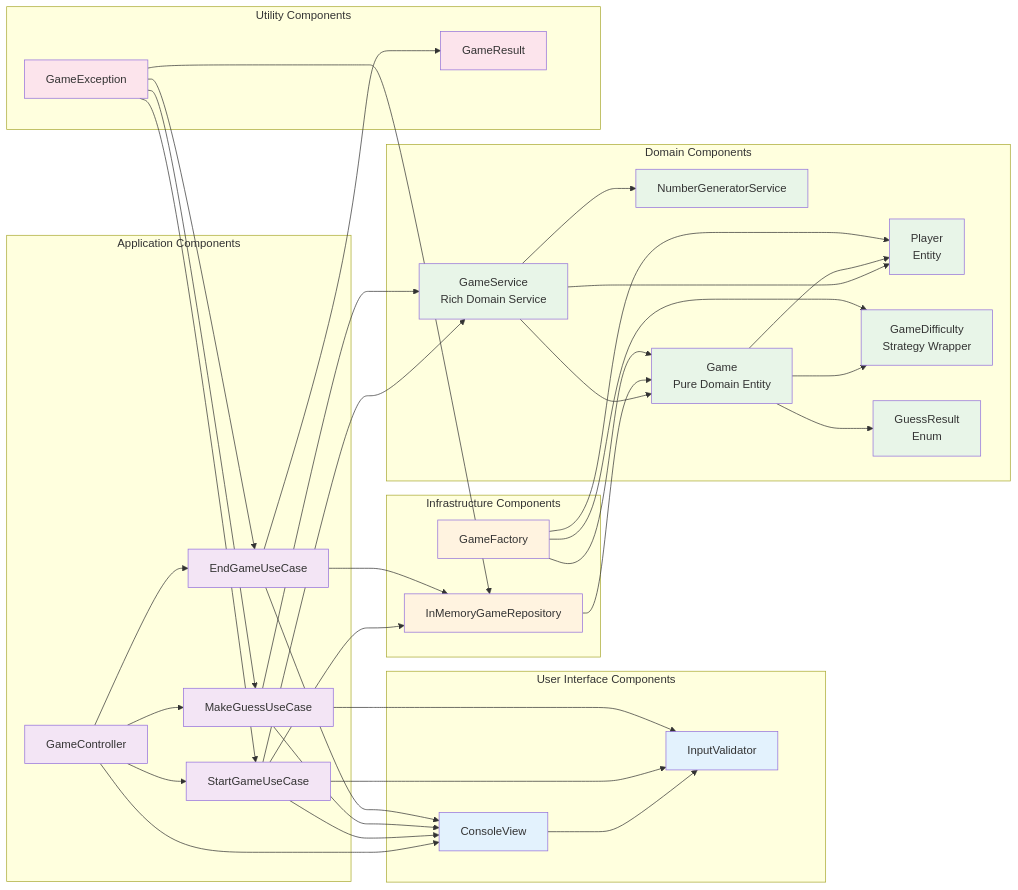
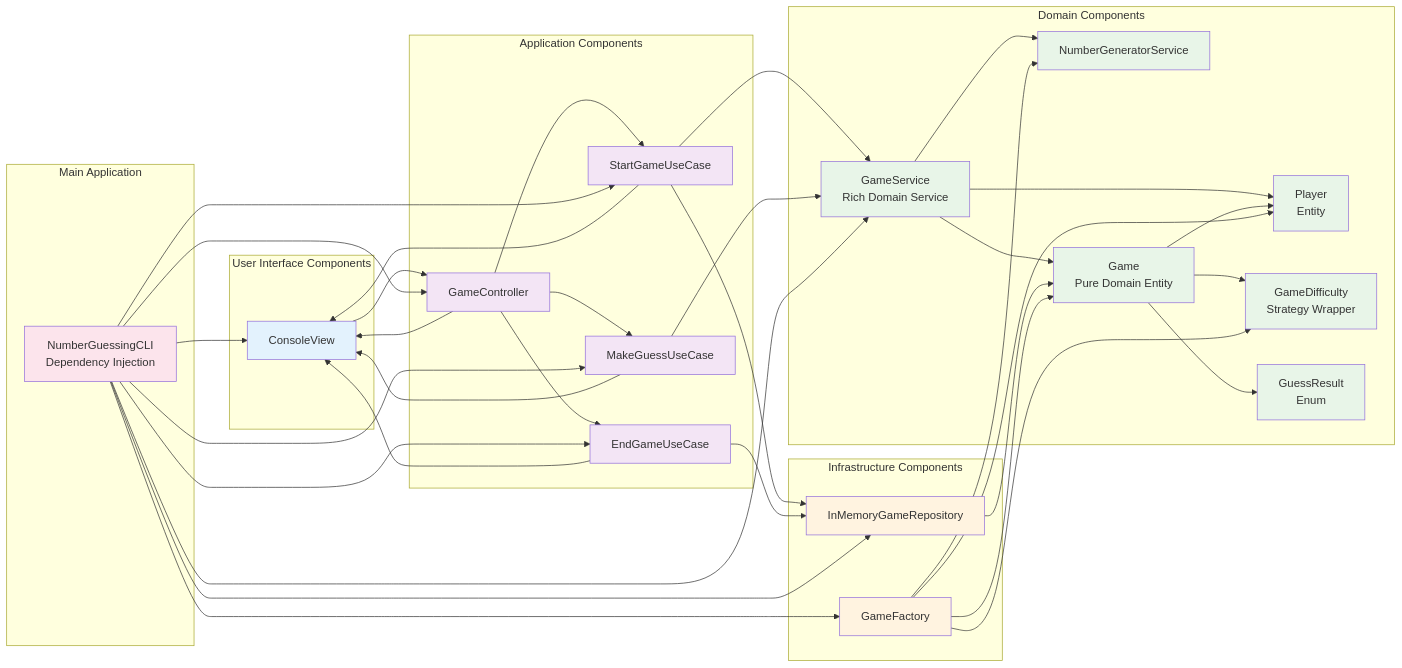
One commit to Shockp/Backend-Projects changed the second of 3 diagrams in number-guessing-game/UML Diagrams/ComponentDiagram.md. Above: the diagram before and after it, drawn with Mermaid. The commit also changed other lines of this file and 4 other files, not shown here.

Commit message:
UML Updated

````diff
--- a/number-guessing-game/UML Diagrams/ComponentDiagram.md
+++ b/number-guessing-game/UML Diagrams/ComponentDiagram.md
@@ -97,7 +100,6 @@
 graph LR
     subgraph "User Interface Components"
         ConsoleView[ConsoleView]
-        InputValidator[InputValidator]
     end
 
     subgraph "Application Components"
@@ -121,13 +123,12 @@
         GameFactory[GameFactory]
     end
 
-    subgraph "Utility Components"
-        GameResult[GameResult]
-        GameException[GameException]
+    subgraph "Main Application"
+        NumberGuessingCLI[NumberGuessingCLI<br/>Dependency Injection]
     end
 
     %% User Interface Layer
-    ConsoleView --> InputValidator
+    ConsoleView --> GameController
 
     %% Application Layer Dependencies
     GameController --> StartGameUseCase
@@ -138,15 +139,12 @@
     StartGameUseCase --> GameService
     StartGameUseCase --> InMemoryGameRepository
     StartGameUseCase --> ConsoleView
-    StartGameUseCase --> InputValidator
 
     MakeGuessUseCase --> GameService
     MakeGuessUseCase --> ConsoleView
-    MakeGuessUseCase --> InputValidator
 
     EndGameUseCase --> InMemoryGameRepository
     EndGameUseCase --> ConsoleView
-    EndGameUseCase --> GameResult
 
     %% Domain Layer Dependencies
     GameService --> Game
@@ -161,23 +159,28 @@
     GameFactory --> Game
     GameFactory --> Player
     GameFactory --> GameDifficulty
+    GameFactory --> NumberGeneratorService
 
-    %% Exception Handling
-    GameException --> StartGameUseCase
-    GameException --> MakeGuessUseCase
-    GameException --> EndGameUseCase
-    GameException --> InMemoryGameRepository
+    %% Main Application Dependencies
+    NumberGuessingCLI --> GameController
+    NumberGuessingCLI --> ConsoleView
+    NumberGuessingCLI --> InMemoryGameRepository
+    NumberGuessingCLI --> GameService
+    NumberGuessingCLI --> GameFactory
+    NumberGuessingCLI --> StartGameUseCase
+    NumberGuessingCLI --> MakeGuessUseCase
+    NumberGuessingCLI --> EndGameUseCase
 
     %% Styling
     classDef ui fill:#e3f2fd
     classDef app fill:#f3e5f5
     classDef domain fill:#e8f5e8
     classDef infra fill:#fff3e0
-    classDef util fill:#fce4ec
+    classDef main fill:#fce4ec
 
-    class ConsoleView,InputValidator ui
+    class ConsoleView ui
     class GameController,StartGameUseCase,MakeGuessUseCase,EndGameUseCase app
     class GameService,NumberGeneratorService,Game,Player,GameDifficulty,GuessResult domain
     class InMemoryGameRepository,GameFactory infra
-    class GameResult,GameException util
+    class NumberGuessingCLI main
 ```
````
